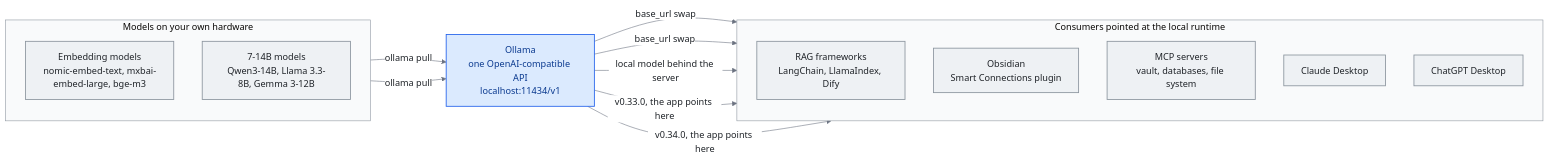
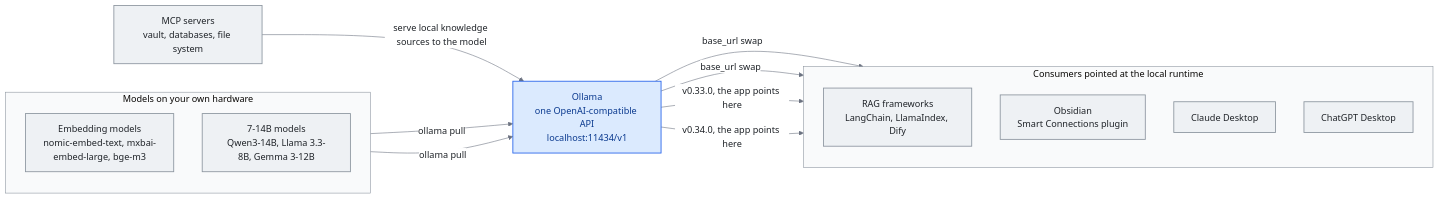
Before and after one commit to kennethlaw325/awesome-llm-knowledge-systems: the diagram in chapters/12-local-models.md, drawn with Mermaid. The commit also changed other lines of this file and 11 other files, not shown here.

First line of the commit message:
Visual roll-out: apply cross-family review (5 blocker, 8 major) and timeline palette

````diff
--- a/chapters/12-local-models.md
+++ b/chapters/12-local-models.md
@@ -11,31 +11,30 @@
 ```mermaid
 %%{init: {'theme':'base','themeVariables':{'primaryColor':'#eef1f4','primaryTextColor':'#1f2328','primaryBorderColor':'#8c959f','lineColor':'#6b7280','tertiaryColor':'#f6f8fa','clusterBkg':'#f9fafb','clusterBorder':'#8c959f','edgeLabelBackground':'#ffffff'}}}%%
 flowchart LR
     subgraph LOCAL["Models on your own hardware"]
       direction TB
       EMB["Embedding models<br/>nomic-embed-text, mxbai-embed-large, bge-m3"]
       GEN["7-14B models<br/>Qwen3-14B, Llama 3.3-8B, Gemma 3-12B"]
     end
     EMB -->|ollama pull| OLL
     GEN -->|ollama pull| OLL
+    MCPS["MCP servers<br/>vault, databases, file system"] -->|serve local knowledge sources to the model| OLL
     OLL["Ollama<br/>one OpenAI-compatible API<br/>localhost:11434/v1"]
     subgraph CONS["Consumers pointed at the local runtime"]
       direction TB
       RAG["RAG frameworks<br/>LangChain, LlamaIndex, Dify"]
       OBS["Obsidian<br/>Smart Connections plugin"]
-      MCPS["MCP servers<br/>vault, databases, file system"]
       CD["Claude Desktop"]
       CG["ChatGPT Desktop"]
     end
     OLL -->|base_url swap| RAG
     OLL -->|base_url swap| OBS
-    OLL -->|local model behind the server| MCPS
     OLL -->|v0.33.0, the app points here| CD
     OLL -->|v0.34.0, the app points here| CG
     class EMB,GEN,RAG,OBS,MCPS,CD,CG stable
     class OLL accent
 classDef stable fill:#eef1f4,stroke:#8c959f,stroke-width:1.5px,color:#1f2328
 classDef accent fill:#dbeafe,stroke:#2563eb,stroke-width:1.5px,color:#0b3a8f
 classDef muted fill:#f6f8fa,stroke:#adb5bd,stroke-width:1.5px,color:#57606a
 classDef gate fill:#ffffff,stroke:#2563eb,stroke-width:1.5px,color:#0b3a8f
 ```
````
